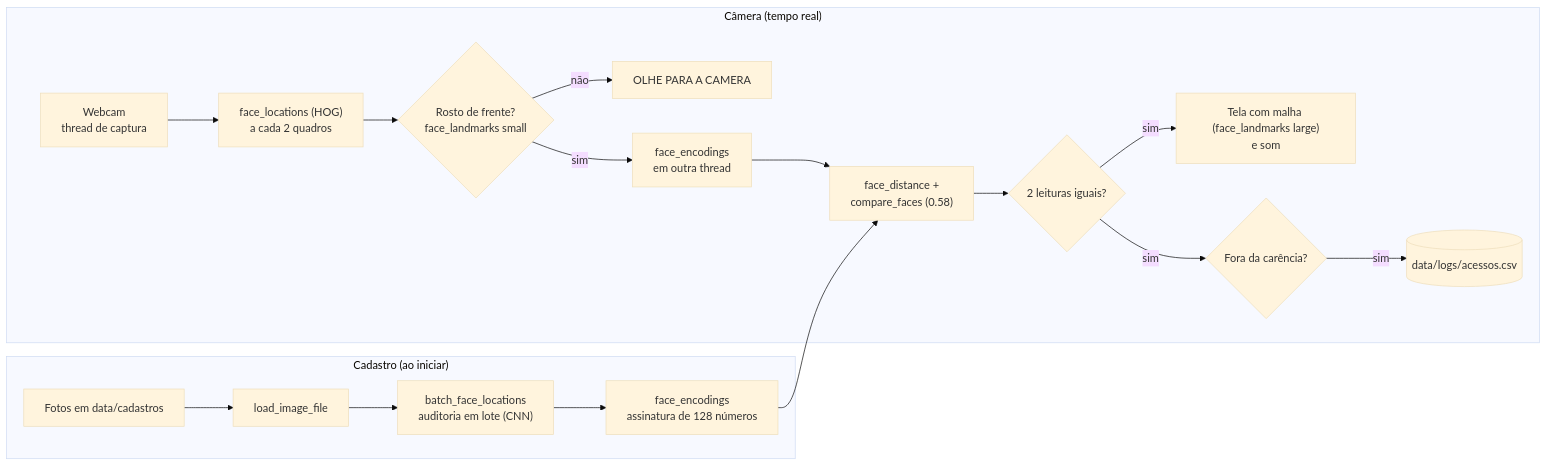
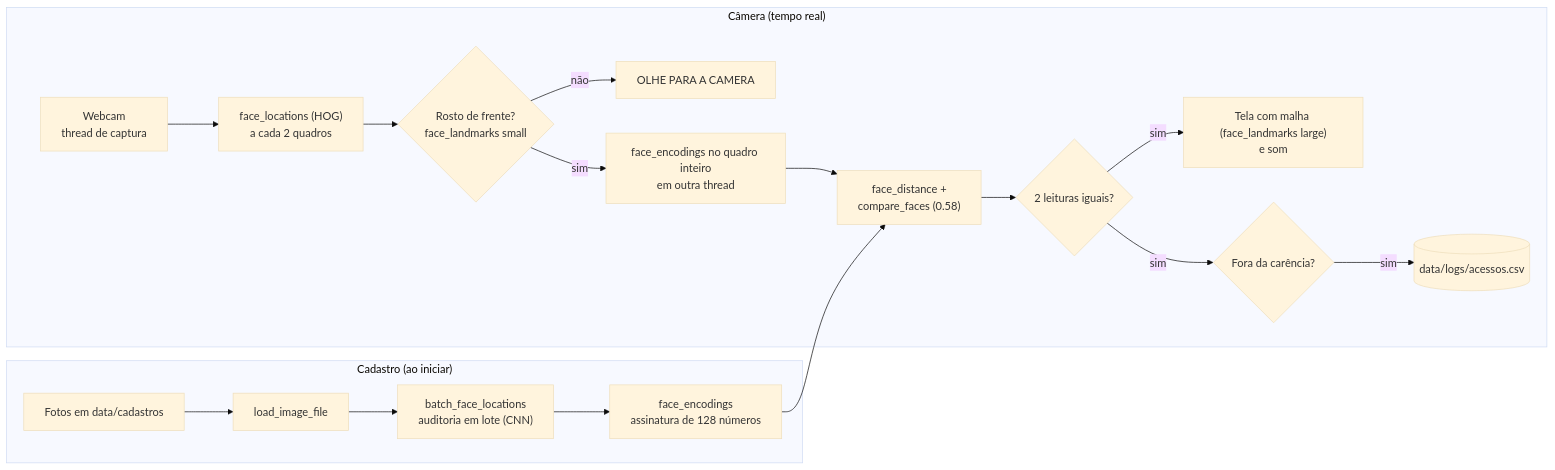
Before and after one commit to leocosta-dev26/sistema-seguranca-facial: the diagram in README.md, drawn with Mermaid (base theme). The commit also changed other lines of this file, not shown here.

````diff
--- a/README.md
+++ b/README.md
@@ -47,20 +47,20 @@
 ```mermaid
 flowchart LR
     subgraph CAD["Cadastro (ao iniciar)"]
         A["Fotos em data/cadastros"] --> B["load_image_file"]
         B --> C["batch_face_locations<br/>auditoria em lote (CNN)"]
         C --> D["face_encodings<br/>assinatura de 128 números"]
     end
     subgraph CAM["Câmera (tempo real)"]
         E["Webcam<br/>thread de captura"] --> F["face_locations (HOG)<br/>a cada 2 quadros"]
         F --> G{"Rosto de frente?<br/>face_landmarks small"}
         G -->|não| H["OLHE PARA A CAMERA"]
-        G -->|sim| I["face_encodings<br/>em outra thread"]
+        G -->|sim| I["face_encodings no quadro inteiro<br/>em outra thread"]
         I --> J["face_distance +<br/>compare_faces (0.58)"]
         J --> K{"2 leituras iguais?"}
         K -->|sim| L["Tela com malha (face_landmarks large)<br/>e som"]
         K -->|sim| M{"Fora da carência?"}
         M -->|sim| N[("data/logs/acessos.csv")]
     end
     D --> J
 ```
````
